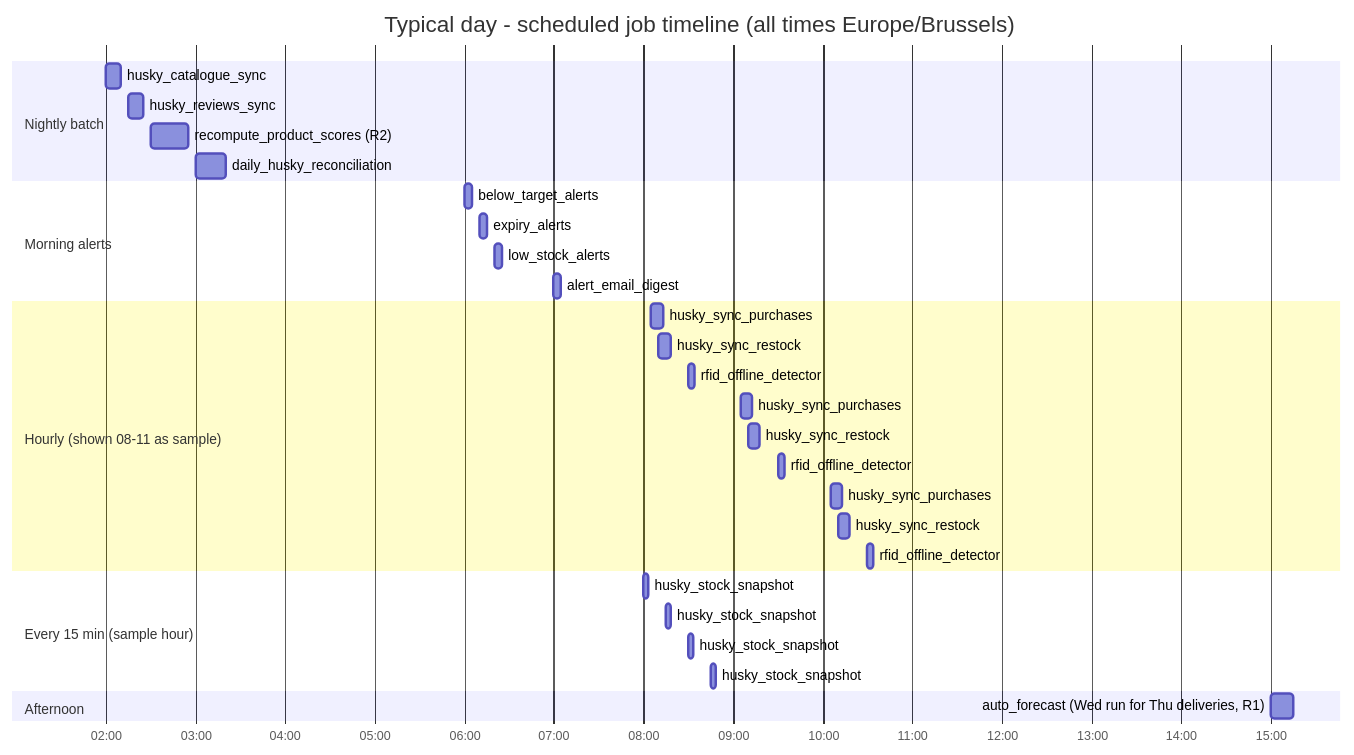
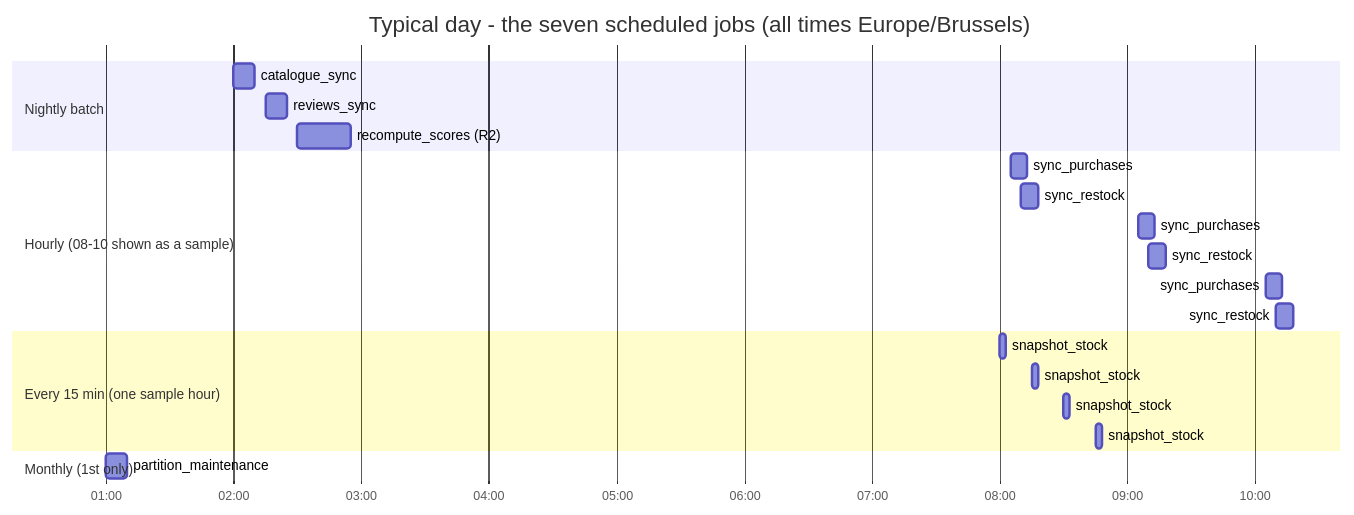
One commit to 1504168/frigoloco-web changed the diagram in architecture/cron/README.md. Above: the diagram before and after it, drawn with Mermaid. The commit also changed other lines of this file and 27 other files, not shown here.

First line of the commit message:
DB layer: fridge_stock latest-only + extra Husky product fields

````diff
--- a/architecture/cron/README.md
+++ b/architecture/cron/README.md
@@ -42,38 +104,28 @@
 ```mermaid
 gantt
-    title Typical day - scheduled job timeline (all times Europe/Brussels)
+    title Typical day - the seven scheduled jobs (all times Europe/Brussels)
     dateFormat HH:mm
     axisFormat %H:%M
 
     section Nightly batch
-    husky_catalogue_sync            :n1, 02:00, 10m
-    husky_reviews_sync              :n2, 02:15, 10m
-    recompute_product_scores (R2)   :n3, 02:30, 25m
-    daily_husky_reconciliation      :n4, 03:00, 20m
+    catalogue_sync            :n1, 02:00, 10m
+    reviews_sync              :n2, 02:15, 10m
+    recompute_scores (R2)     :n3, 02:30, 25m
 
-    section Morning alerts
-    below_target_alerts             :m1, 06:00, 5m
-    expiry_alerts                   :m2, 06:10, 5m
-    low_stock_alerts                :m3, 06:20, 5m
-    alert_email_digest              :m4, 07:00, 5m
+    section Hourly (08-10 shown as a sample)
+    sync_purchases            :h1, 08:05, 8m
+    sync_restock              :h2, 08:10, 8m
+    sync_purchases            :h4, 09:05, 8m
+    sync_restock              :h5, 09:10, 8m
+    sync_purchases            :h7, 10:05, 8m
+    sync_restock              :h8, 10:10, 8m
 
-    section Hourly (shown 08-11 as sample)
-    husky_sync_purchases            :h1, 08:05, 8m
-    husky_sync_restock              :h2, 08:10, 8m
-    rfid_offline_detector           :h3, 08:30, 4m
-    husky_sync_purchases            :h4, 09:05, 8m
-    husky_sync_restock              :h5, 09:10, 8m
-    rfid_offline_detector           :h6, 09:30, 4m
-    husky_sync_purchases            :h7, 10:05, 8m
-    husky_sync_restock              :h8, 10:10, 8m
-    rfid_offline_detector           :h9, 10:30, 4m
+    section Every 15 min (one sample hour)
+    snapshot_stock            :s1, 08:00, 3m
+    snapshot_stock            :s2, 08:15, 3m
+    snapshot_stock            :s3, 08:30, 3m
+    snapshot_stock            :s4, 08:45, 3m
 
-    section Every 15 min (sample hour)
-    husky_stock_snapshot            :s1, 08:00, 3m
-    husky_stock_snapshot            :s2, 08:15, 3m
-    husky_stock_snapshot            :s3, 08:30, 3m
-    husky_stock_snapshot            :s4, 08:45, 3m
-
-    section Afternoon
-    auto_forecast (Wed run for Thu deliveries, R1) :a1, 15:00, 15m
+    section Monthly (1st only)
+    partition_maintenance     :p1, 01:00, 10m
 ```
````
